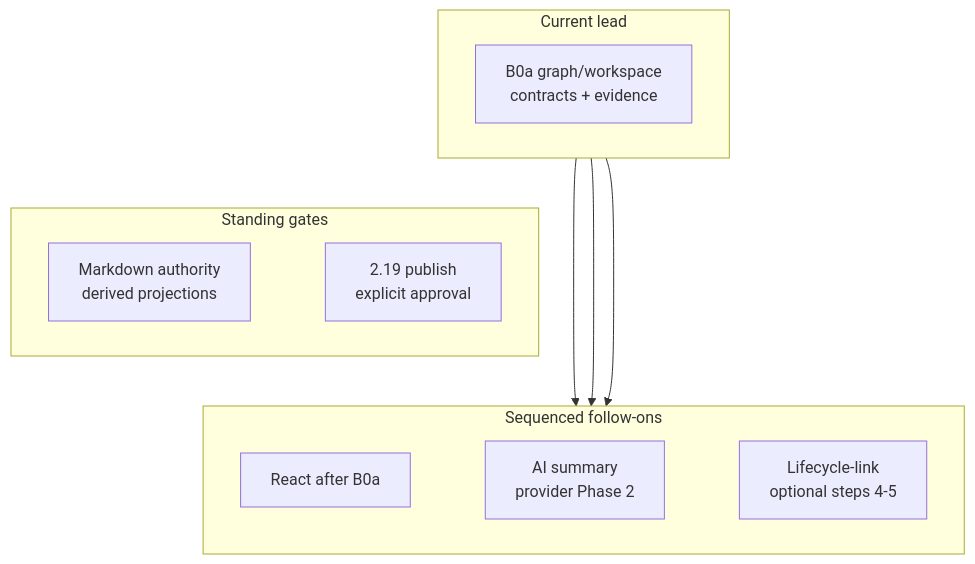
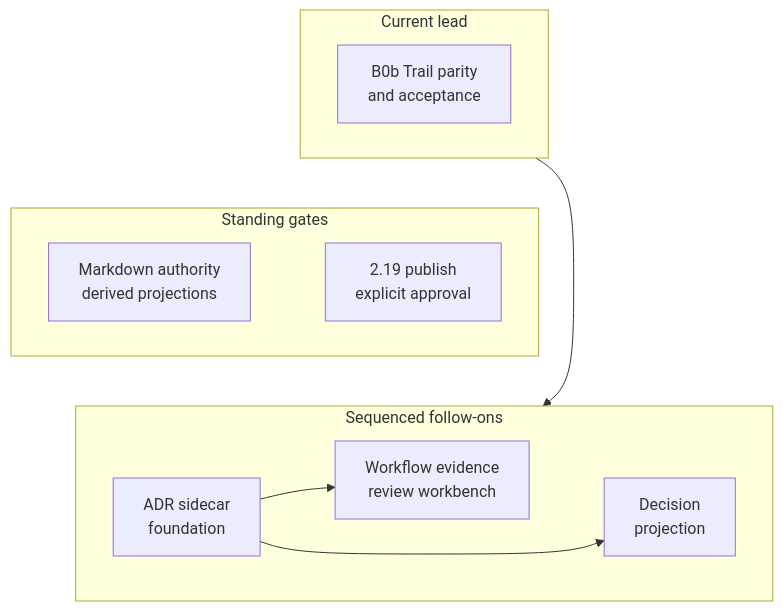
One commit to jnl-tshi/memory-seed changed diagram 24 of 24 in docs/3_Spec/functionality-audit.md. Above: the diagram before and after it, drawn with Mermaid. The commit also changed other lines of this file and 31 other files, not shown here.

First line of the commit message:
docs(memory): ratify ADR authority and sequence inbox

````diff
--- a/docs/3_Spec/functionality-audit.md
+++ b/docs/3_Spec/functionality-audit.md
@@ -1165,20 +1165,20 @@
 ```mermaid
 graph TD
   subgraph CurrentTier["Current lead"]
     direction LR
-    B0A["B0a graph/workspace<br>contracts + evidence"]
+    B0B["B0b Trail parity<br>and acceptance"]
   end
   subgraph GuardTier["Standing gates"]
     direction LR
     QUALITY["Markdown authority<br>derived projections"] ~~~ RELEASE["2.19 publish<br>explicit approval"]
   end
   subgraph FollowOnTier["Sequenced follow-ons"]
     direction LR
-    B2["React after B0a"] ~~~ AI["AI summary<br>provider Phase 2"] ~~~ LINK["Lifecycle-link<br>optional steps 4-5"]
+    SEM["ADR sidecar<br>foundation"] ~~~ REVIEW["Workflow evidence<br>review workbench"] ~~~ PROJ["Decision<br>projection"]
   end
   CurrentTier ~~~ GuardTier
   GuardTier ~~~ FollowOnTier
-  B0A --> B2
-  B0A --> AI
-  B0A --> LINK
+  B0B --> SEM
+  SEM --> REVIEW
+  SEM --> PROJ
 ```
````
